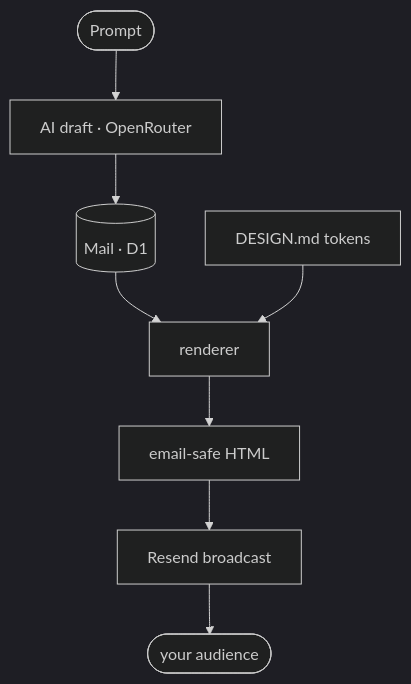
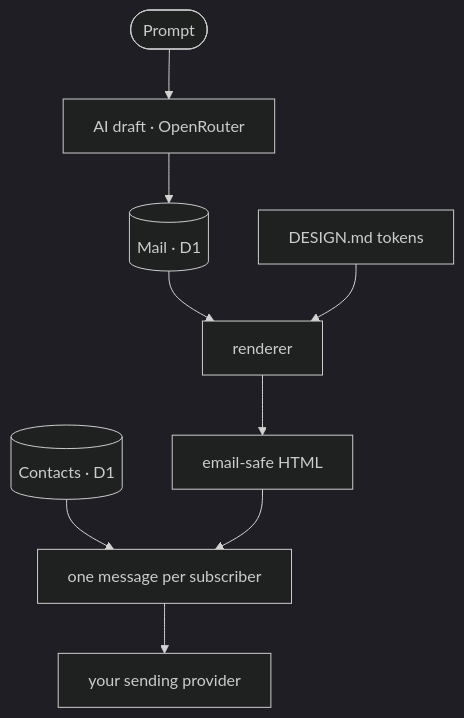
Before and after one commit to clawnify/OpenNewsletter: the diagram in README.md, drawn with Mermaid (dark theme). The commit also changed other lines of this file, not shown here.

First line of the commit message:
docs: README describes the list you own, not a provider's (#5)

````diff
--- a/README.md
+++ b/README.md
@@ -35,10 +45,11 @@
 ```mermaid
 flowchart TD
     prompt(["Prompt"]) --> draft["AI draft · OpenRouter"]
     draft --> mail[("Mail · D1")]
     mail --> renderer["renderer"]
     tokens["DESIGN.md tokens"] --> renderer
     renderer --> html["email-safe HTML"]
-    html --> broadcast["Resend broadcast"]
-    broadcast --> audience(["your audience"])
+    contacts[("Contacts · D1")] --> send["one message per subscriber"]
+    html --> send
+    send --> provider["your sending provider"]
 ```
````
